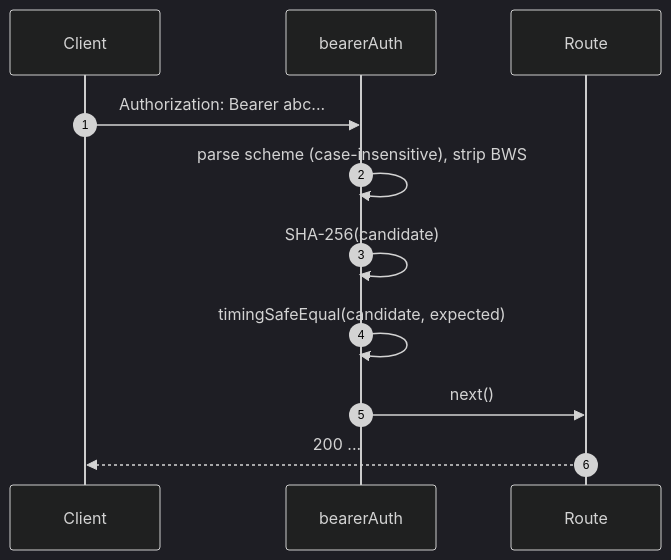
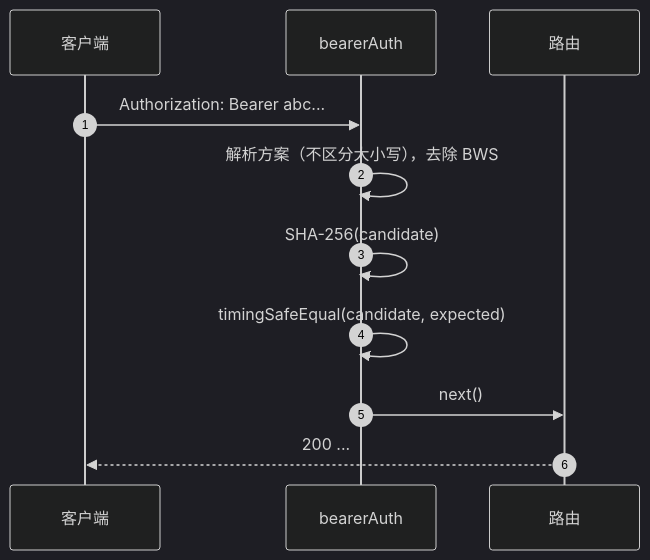
Before and after one commit to QwenLM/qwen-code-docs: the second of 4 diagrams in website/content/zh/developers/daemon/12-auth-security.md, drawn with Mermaid (dark theme). The commit also changed other lines of this file and 1077 other files, not shown here.

````diff
--- a/website/content/zh/developers/daemon/12-auth-security.md
+++ b/website/content/zh/developers/daemon/12-auth-security.md
@@ -175,14 +175,14 @@
 ```mermaid
 sequenceDiagram
     autonumber
-    participant C as Client
+    participant C as 客户端
     participant BA as bearerAuth
-    participant R as Route
+    participant R as 路由
 
     C->>BA: Authorization: Bearer abc...
-    BA->>BA: parse scheme (case-insensitive), strip BWS
+    BA->>BA: 解析方案（不区分大小写），去除 BWS
     BA->>BA: SHA-256(candidate)
     BA->>BA: timingSafeEqual(candidate, expected)
     BA->>R: next()
     R-->>C: 200 ...
 ```
````
